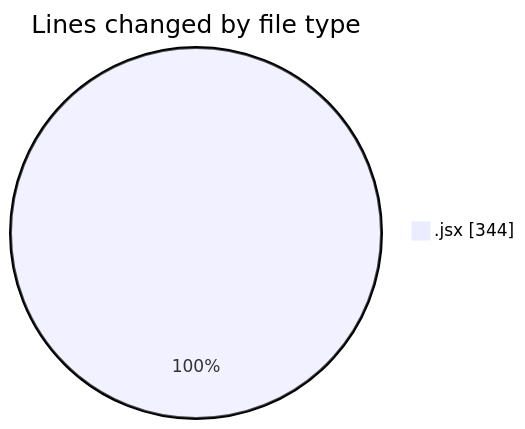
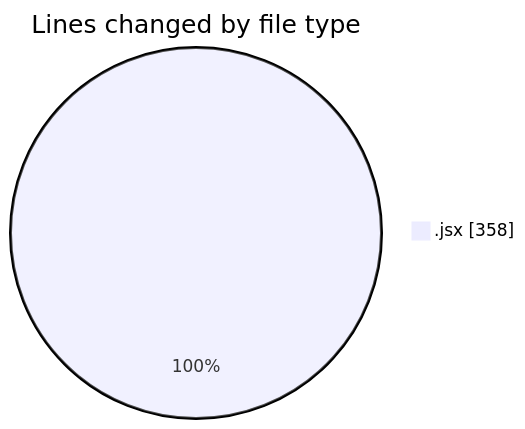
Before and after one commit to Elitesun/code-tracking: the first of 2 diagrams in 2025-02-21/elitegpt/README.md, drawn with Mermaid. The commit also changed other lines of this file and 1 other file, not shown here.

````diff
--- a/2025-02-21/elitegpt/README.md
+++ b/2025-02-21/elitegpt/README.md
@@ -23,5 +23,5 @@
 ```mermaid
 pie showData
 title Lines changed by file type
-".jsx" : 344
+".jsx" : 358
 ```
````
